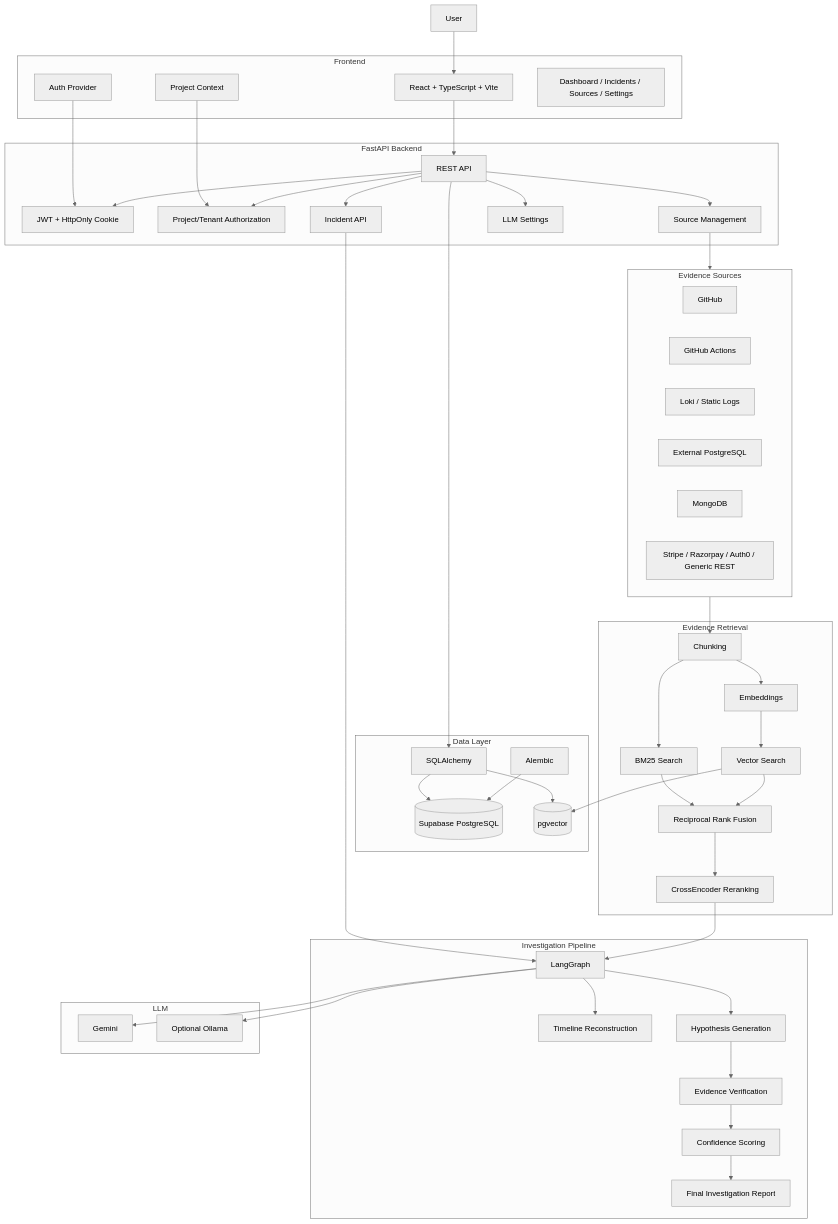
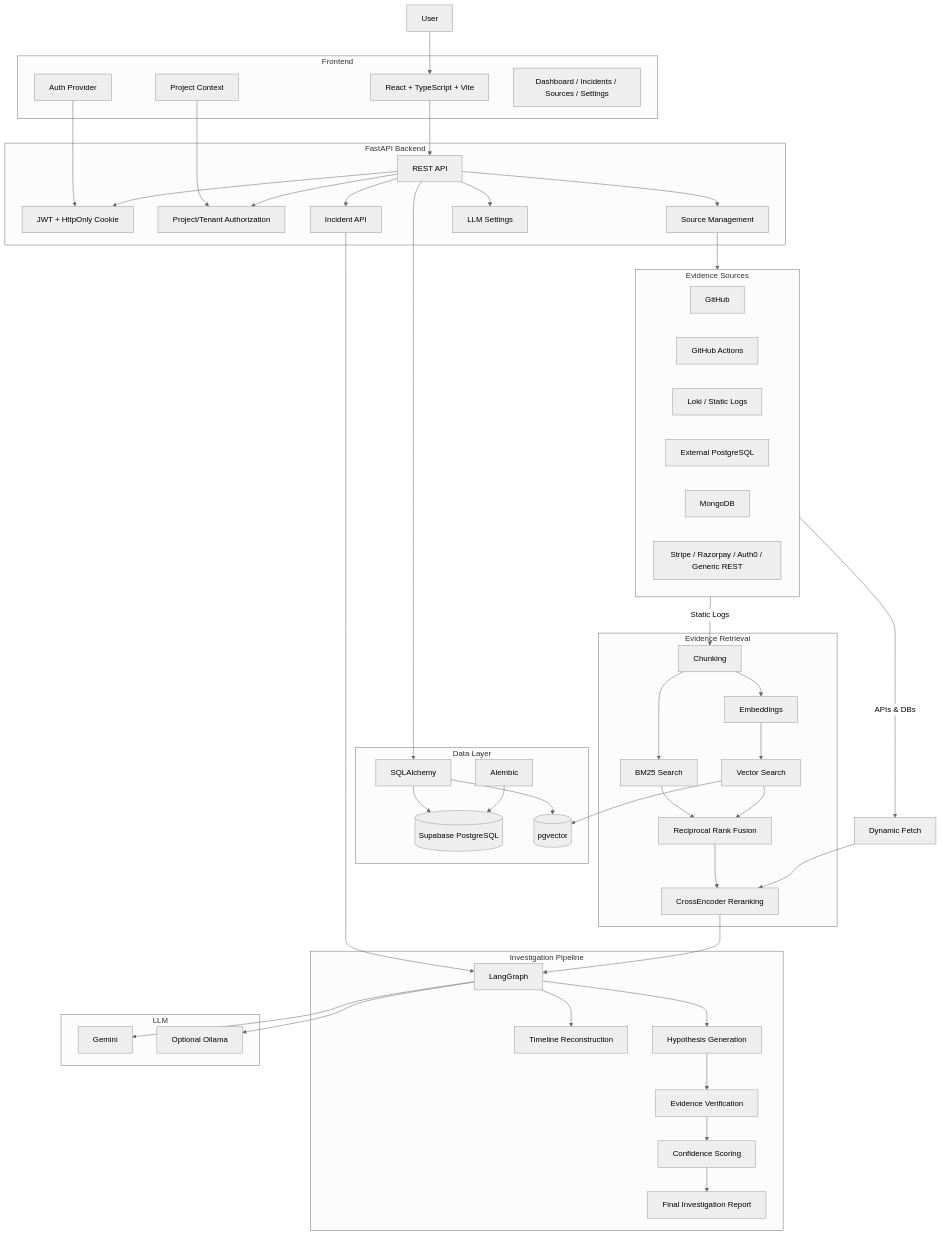
The first of 2 diagrams in README.md (mayanksoni78/Causely), drawn with Mermaid (neutral theme) before and after one commit. The commit also changed other lines of this file and 3 other files, not shown here.

```diff
--- a/README.md
+++ b/README.md
@@ -92,14 +92,22 @@
     MIG --> DB
 
     SOURCE --> SOURCES
-    SOURCES --> CHUNK
+    
+    %% Static Logs are indexed
+    SOURCES -- Static Logs --> CHUNK
+    
+    %% Other connectors are fetched on demand
+    SOURCES -- APIs & DBs --> FETCH[Dynamic Fetch]
 
     CHUNK --> EMBED
     CHUNK --> BM25
     EMBED --> VECTORSEARCH
     BM25 --> FUSION
     VECTORSEARCH --> FUSION
+    
+    %% Fused indexed chunks and dynamically fetched chunks merge here
     FUSION --> RERANK
+    FETCH --> RERANK
 
     INCIDENT --> GRAPH
     RERANK --> GRAPH
```
